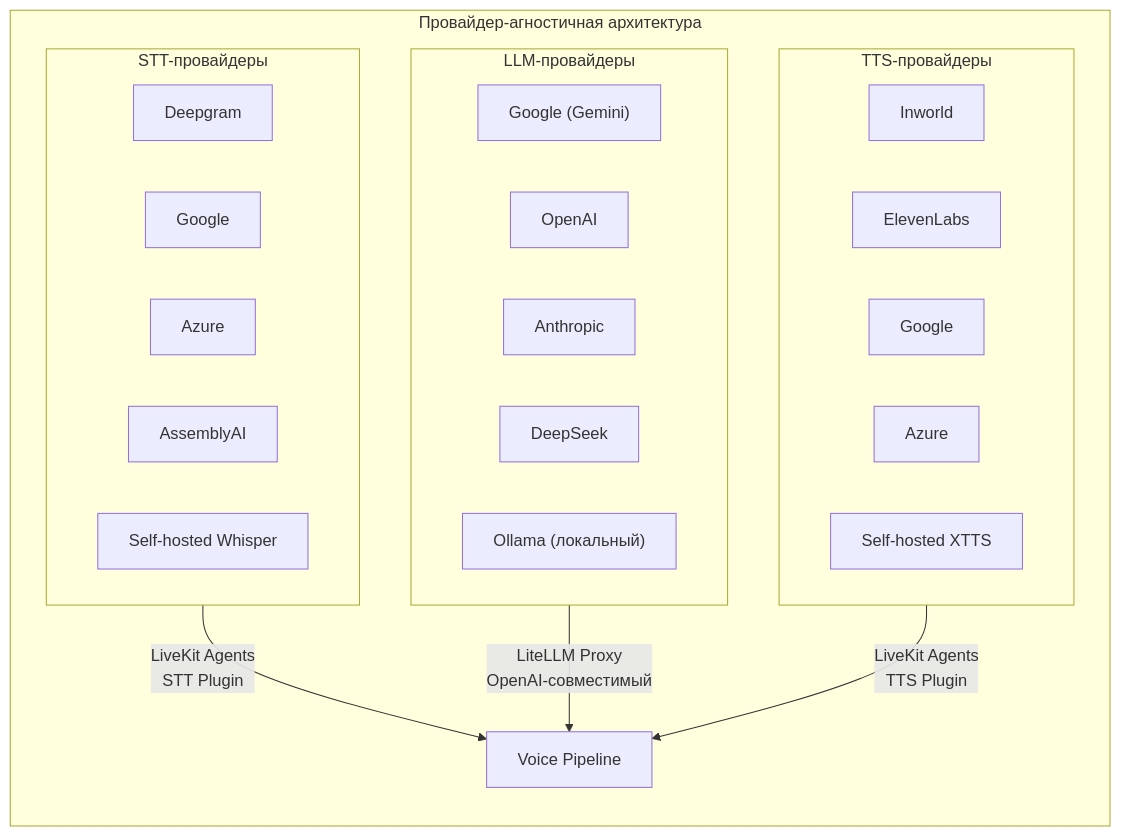
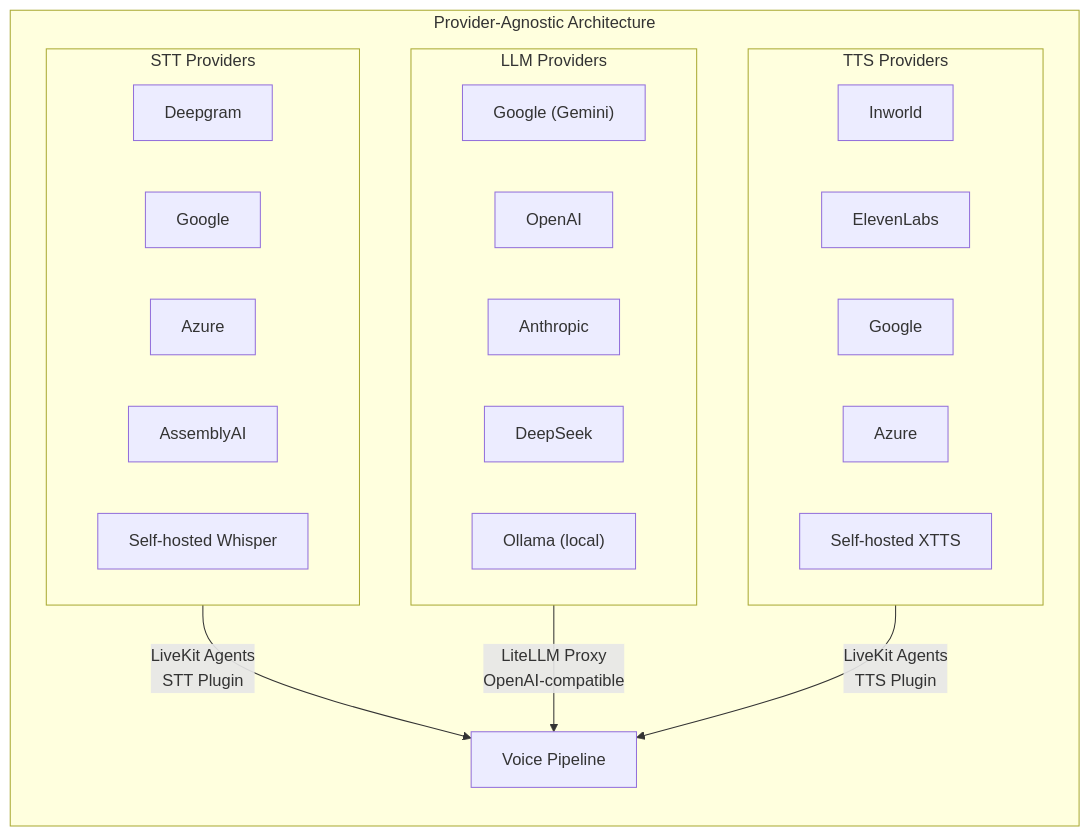
Before and after one commit to itechmeat/twype-voice: the first of 2 diagrams in docs/about.md, drawn with Mermaid. The commit also changed other lines of this file and 30 other files, not shown here.

````diff
--- a/docs/about.md
+++ b/docs/about.md
@@ -65,34 +65,34 @@
 ```mermaid
 graph LR
-    subgraph "Провайдер-агностичная архитектура"
+    subgraph "Provider-Agnostic Architecture"
         direction TB
 
-        subgraph STT["STT-провайдеры"]
+        subgraph STT["STT Providers"]
             S1["Deepgram"]
             S2["Google"]
             S3["Azure"]
             S4["AssemblyAI"]
             S5["Self-hosted Whisper"]
         end
 
-        subgraph LLM["LLM-провайдеры"]
+        subgraph LLM["LLM Providers"]
             L1["Google (Gemini)"]
             L2["OpenAI"]
             L3["Anthropic"]
             L4["DeepSeek"]
-            L5["Ollama (локальный)"]
+            L5["Ollama (local)"]
         end
 
-        subgraph TTS["TTS-провайдеры"]
+        subgraph TTS["TTS Providers"]
             T1["Inworld"]
             T2["ElevenLabs"]
             T3["Google"]
             T4["Azure"]
             T5["Self-hosted XTTS"]
         end
 
         STT -->|"LiveKit Agents<br/>STT Plugin"| PIPE["Voice Pipeline"]
-        LLM -->|"LiteLLM Proxy<br/>OpenAI-совместимый"| PIPE
+        LLM -->|"LiteLLM Proxy<br/>OpenAI-compatible"| PIPE
         TTS -->|"LiveKit Agents<br/>TTS Plugin"| PIPE
     end
 ```
````
